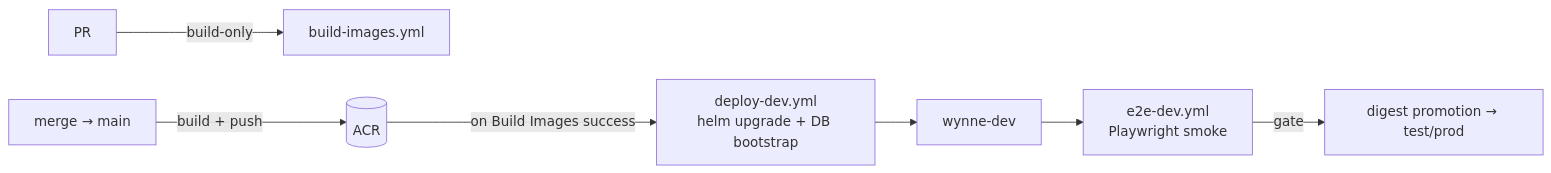
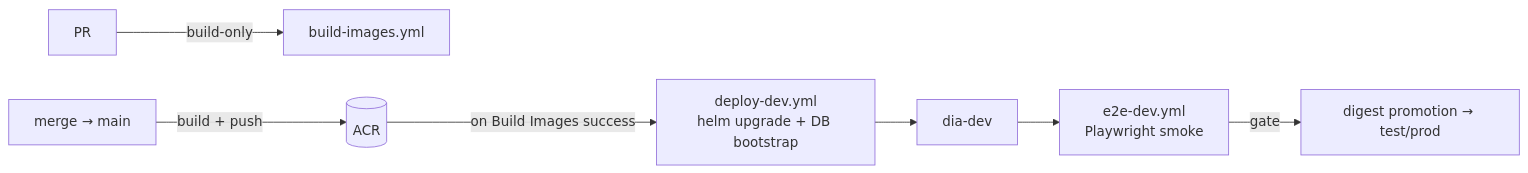
Before and after one commit to rodrigoreisdealernet/dealernet-agents: the fourth of 4 diagrams in docs/architecture/deployment.md, drawn with Mermaid. The commit also changed other lines of this file and 363 other files, not shown here.

First line of the commit message:
rebrand: Wynne -> DIA (Dealernet Intelligence Agents); drop lvl-3/level-3-v2

````diff
--- a/docs/architecture/deployment.md
+++ b/docs/architecture/deployment.md
@@ -113,9 +113,9 @@
 ```mermaid
 flowchart LR
     pr["PR"] -->|build-only| bld["build-images.yml"]
     main["merge → main"] -->|build + push| acr[("ACR")]
     acr -->|on Build Images success| dd["deploy-dev.yml<br/>helm upgrade + DB bootstrap"]
-    dd --> devns["wynne-dev"]
+    dd --> devns["dia-dev"]
     devns --> e2e["e2e-dev.yml<br/>Playwright smoke"]
     e2e -->|gate| promote["digest promotion → test/prod"]
 ```
````
